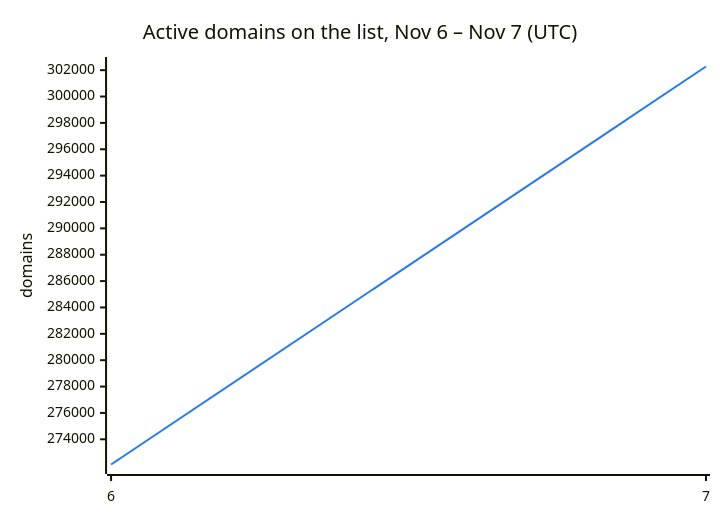
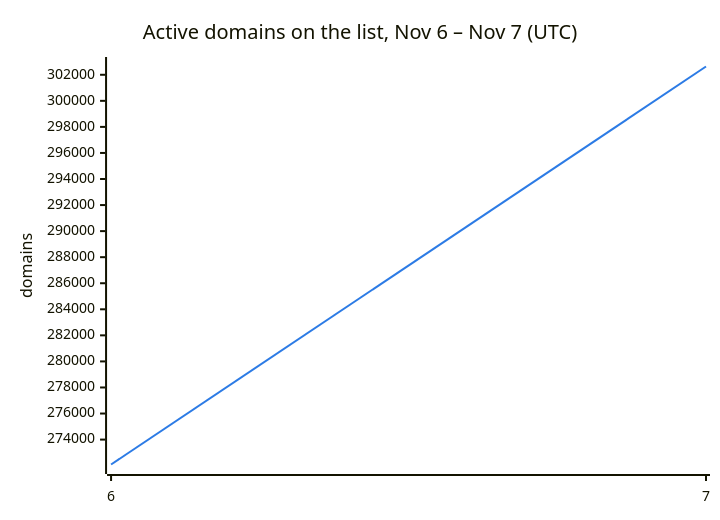
One commit to DNSBunker/CTI changed the second of 3 diagrams in README.md. Above: the diagram before and after it, drawn with Mermaid. The commit also changed other lines of this file and 3 other files, not shown here.

````diff
--- a/README.md
+++ b/README.md
@@ -38,8 +38,8 @@
 ```mermaid
 %%{init: {"themeVariables": {"xyChart": {"plotColorPalette": "#2c7be5"}}}}%%
 xychart-beta
     title "Active domains on the list, Nov 6 – Nov 7 (UTC)"
     x-axis ["6", "7"]
     y-axis "domains"
-    line [272088, 302278]
+    line [272088, 302635]
 ```
````
